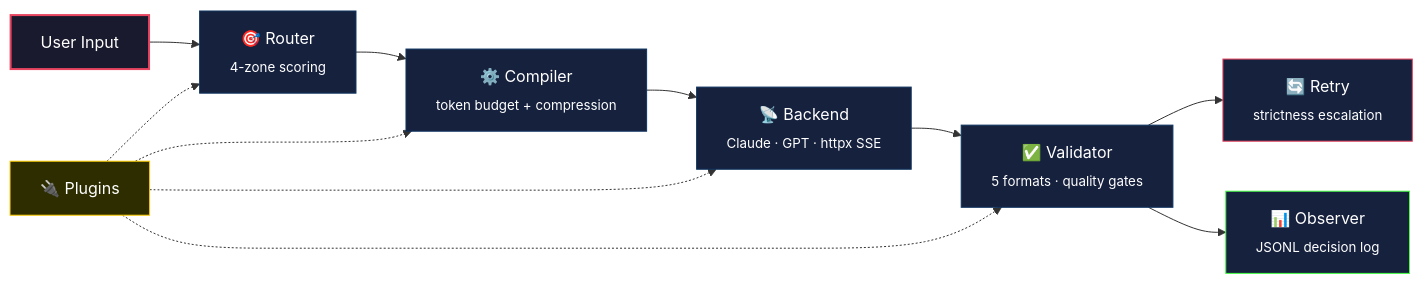
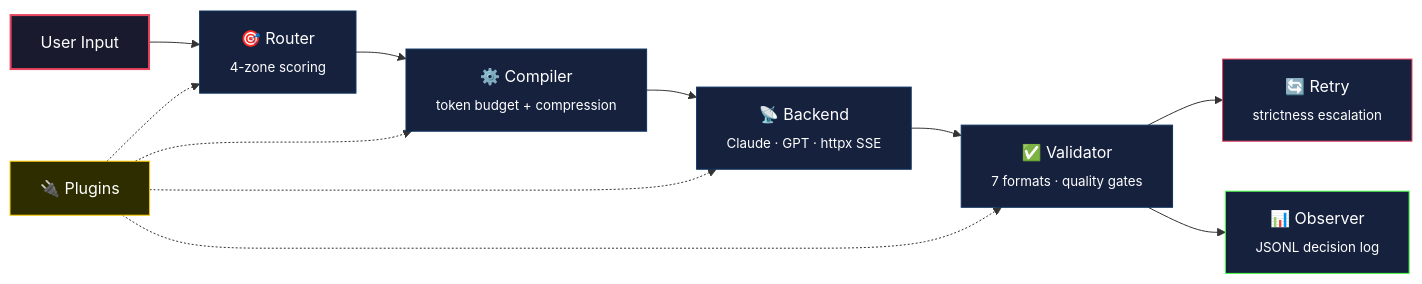
Before and after one commit to Evil-Null/promptc: the diagram in README.md, drawn with Mermaid. The commit also changed other lines of this file, not shown here.

````diff
--- a/README.md
+++ b/README.md
@@ -25,23 +25,23 @@
 ```mermaid
 graph LR
     U["User Input"] --> R["🎯 Router<br/><sub>4-zone scoring</sub>"]
     R --> C["⚙️ Compiler<br/><sub>token budget + compression</sub>"]
     C --> B["📡 Backend<br/><sub>Claude · GPT · httpx SSE</sub>"]
-    B --> V["✅ Validator<br/><sub>5 formats · quality gates</sub>"]
+    B --> V["✅ Validator<br/><sub>7 formats · quality gates</sub>"]
     V --> RE["🔄 Retry<br/><sub>strictness escalation</sub>"]
     V --> O["📊 Observer<br/><sub>JSONL decision log</sub>"]
 
     P["🔌 Plugins"] -.-> R
     P -.-> C
     P -.-> B
     P -.-> V
 
     style U fill:#1a1a2e,stroke:#e94560,color:#fff,stroke-width:2px
     style R fill:#16213e,stroke:#0f3460,color:#fff
     style C fill:#16213e,stroke:#0f3460,color:#fff
     style B fill:#16213e,stroke:#0f3460,color:#fff
     style V fill:#16213e,stroke:#0f3460,color:#fff
     style RE fill:#16213e,stroke:#e94560,color:#fff
     style O fill:#16213e,stroke:#44ff44,color:#fff
     style P fill:#2d2d00,stroke:#ffcc00,color:#fff
 ```
````
